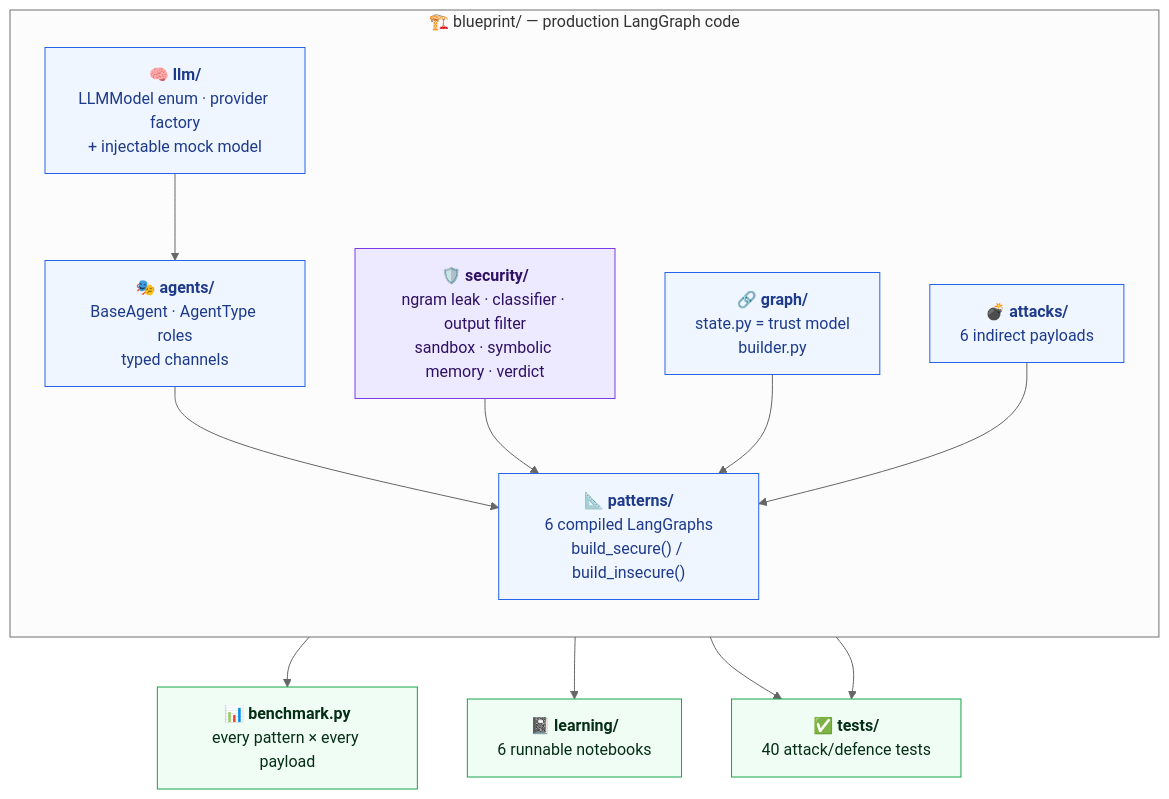
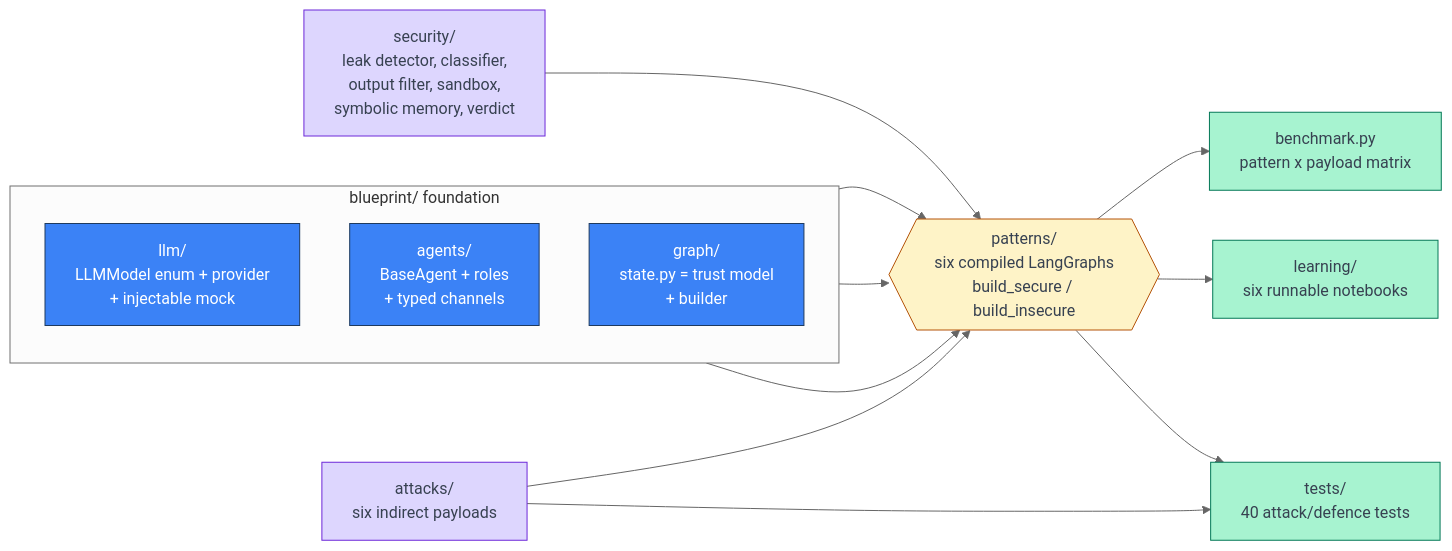
Before and after one commit to damiangilgonzalez1995/prompt-injection-patterns: the fourth of 5 diagrams in README.md, drawn with Mermaid (neutral theme). The commit also changed other lines of this file, not shown here.

First line of the commit message:
Redesign README diagrams to argue, not display

````diff
--- a/README.md
+++ b/README.md
@@ -156,31 +165,31 @@
 ```mermaid
-flowchart TB
-    subgraph BP["🏗️ blueprint/ — production LangGraph code"]
+%% Repo architecture: foundation layers converge into the pattern graphs,
+%% which fan out to the three things that exercise them.
+flowchart LR
+    subgraph FOUND["blueprint/ foundation"]
         direction TB
-        LLM["🧠 <b>llm/</b><br/>LLMModel enum · provider factory<br/>+ injectable mock model"]
-        AG["🎭 <b>agents/</b><br/>BaseAgent · AgentType roles<br/>typed channels"]
-        SEC["🛡️ <b>security/</b><br/>ngram leak · classifier · output filter<br/>sandbox · symbolic memory · verdict"]
-        GR["🔗 <b>graph/</b><br/>state.py = trust model<br/>builder.py"]
-        PAT["📐 <b>patterns/</b><br/>6 compiled LangGraphs<br/>build_secure() / build_insecure()"]
-        ATK["💣 <b>attacks/</b><br/>6 indirect payloads"]
+        LLM["llm/<br>LLMModel enum + provider<br>+ injectable mock"]
+        AG["agents/<br>BaseAgent + roles<br>+ typed channels"]
+        GR["graph/<br>state.py = trust model<br>+ builder"]
     end
-    LEARN["📓 <b>learning/</b><br/>6 runnable notebooks"]
-    TESTS["✅ <b>tests/</b><br/>40 attack/defence tests"]
-    BENCH["📊 <b>benchmark.py</b><br/>every pattern × every payload"]
-
-    LLM --> AG --> PAT
+    SEC["security/<br>leak detector, classifier,<br>output filter, sandbox,<br>symbolic memory, verdict"]
+    ATK["attacks/<br>six indirect payloads"]
+    PAT{{"patterns/<br>six compiled LangGraphs<br>build_secure / build_insecure"}}
+    LLM --> PAT
+    AG --> PAT
+    GR --> PAT
     SEC --> PAT
-    GR --> PAT
     ATK --> PAT
-    PAT --> BENCH
-    PAT --> LEARN
-    PAT --> TESTS
+    PAT --> BENCH["benchmark.py<br>pattern x payload matrix"]
+    PAT --> LEARN["learning/<br>six runnable notebooks"]
+    PAT --> TESTS["tests/<br>40 attack/defence tests"]
     ATK --> TESTS
-
-    classDef layer fill:#eff6ff,stroke:#2563eb,color:#1e3a8a;
-    classDef sec fill:#ede9fe,stroke:#7c3aed,color:#2e1065;
-    classDef out fill:#f0fdf4,stroke:#16a34a,color:#052e16;
-    class LLM,AG,GR,PAT,ATK layer
-    class SEC sec
-    class LEARN,TESTS,BENCH out
+    classDef found fill:#3b82f6,stroke:#1e3a5f,color:#ffffff
+    classDef sec fill:#ddd6fe,stroke:#6d28d9,color:#374151
+    classDef core fill:#fef3c7,stroke:#b45309,color:#374151
+    classDef out fill:#a7f3d0,stroke:#047857,color:#374151
+    class LLM,AG,GR found
+    class SEC,ATK sec
+    class PAT core
+    class BENCH,LEARN,TESTS out
 ```
````
